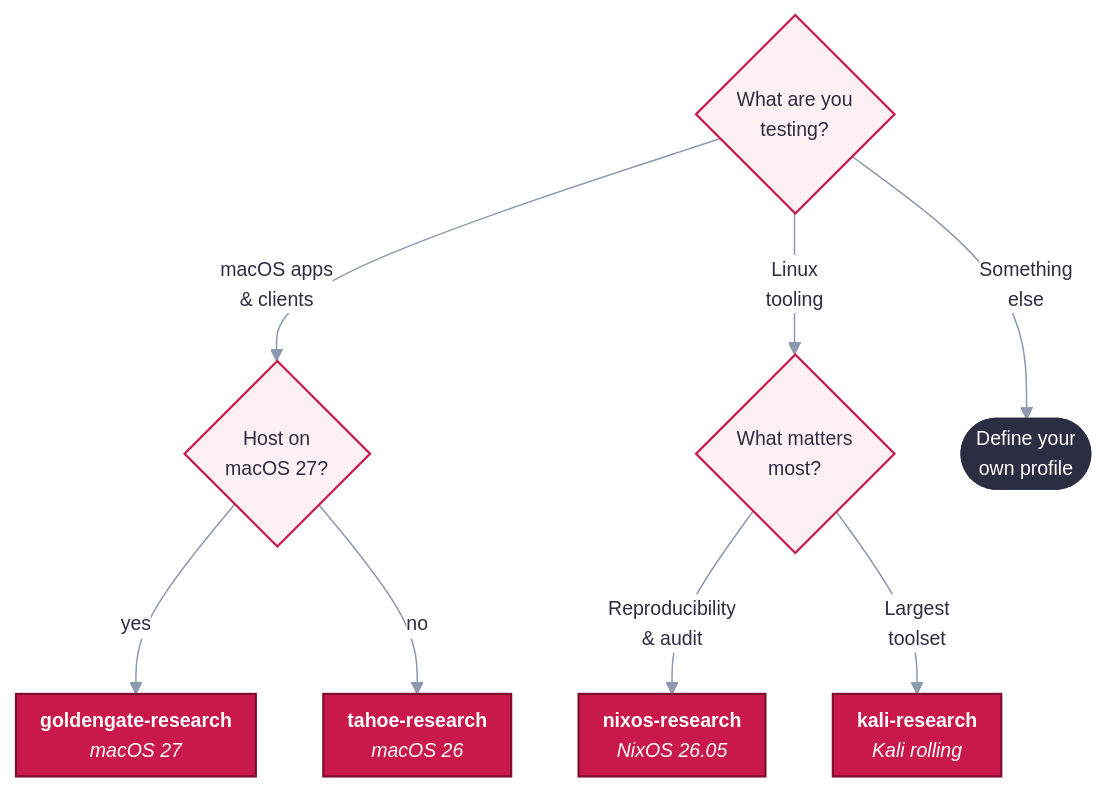
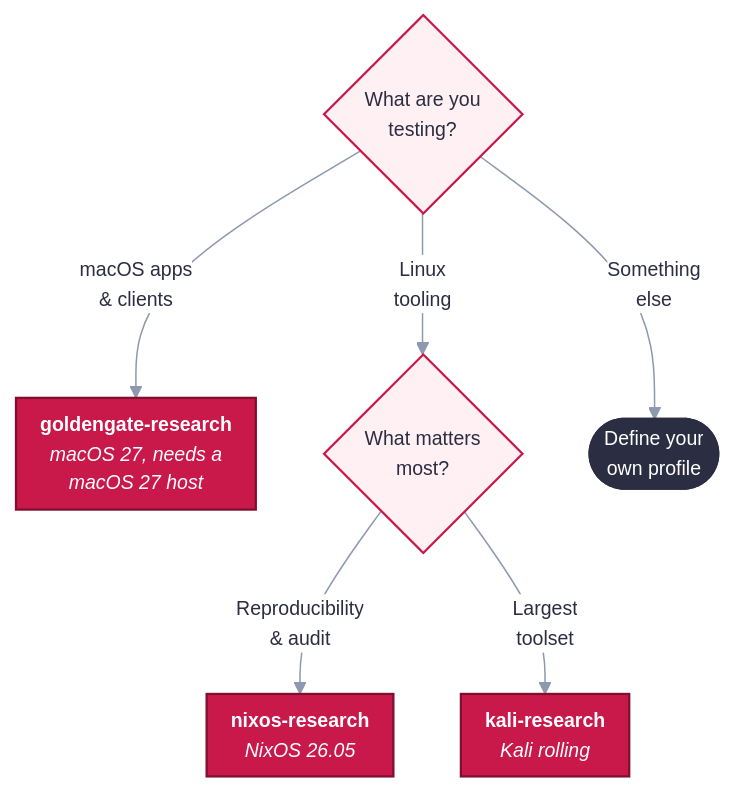
The diagram in README.md (errantpacket/RhubarbTart), drawn with Mermaid before and after one commit. The commit also changed other lines of this file and 29 other files, not shown here.

First line of the commit message:
chore!: remove macOS 26 guest support (keystroke Setup Assistant path) (#184)

````diff
--- a/README.md
+++ b/README.md
@@ -219,19 +218,17 @@
 ```mermaid
 %%{init: {'theme':'base','fontFamily':'ui-sans-serif, system-ui, -apple-system, Helvetica, Arial, sans-serif','themeVariables':{'primaryColor':'#ffffff','primaryTextColor':'#2b2d42','primaryBorderColor':'#c9184a','lineColor':'#8d99ae','edgeLabelBackground':'#ffffff','fontSize':'13px'},'flowchart':{'curve':'basis','nodeSpacing':45,'rankSpacing':55,'padding':8,'useMaxWidth':true}}}%%
 flowchart TD
     Q{"What are you<br/>testing?"}
-    Q -->|"macOS apps<br/>&amp; clients"| H{"Host on<br/>macOS 27?"}
-    H -->|"yes"| GG["<b>goldengate-research</b><br/><i>macOS 27</i>"]
-    H -->|"no"| TH["<b>tahoe-research</b><br/><i>macOS 26</i>"]
+    Q -->|"macOS apps<br/>&amp; clients"| GG["<b>goldengate-research</b><br/><i>macOS 27, needs a<br/>macOS 27 host</i>"]
     Q -->|"Linux<br/>tooling"| P{"What matters<br/>most?"}
     P -->|"Reproducibility<br/>&amp; audit"| NX["<b>nixos-research</b><br/><i>NixOS 26.05</i>"]
     P -->|"Largest<br/>toolset"| KL["<b>kali-research</b><br/><i>Kali rolling</i>"]
     Q -->|"Something<br/>else"| OWN(["Define your<br/>own profile"])
 
     classDef q fill:#fff0f3,stroke:#c9184a,stroke-width:1.5px,color:#2b2d42
     classDef guest fill:#c9184a,stroke:#800f2f,stroke-width:1.5px,color:#ffffff
     classDef own fill:#2b2d42,stroke:#2b2d42,color:#ffffff
-    class Q,H,P q
-    class GG,TH,NX,KL guest
+    class Q,P q
+    class GG,NX,KL guest
     class OWN own
 ```
````
